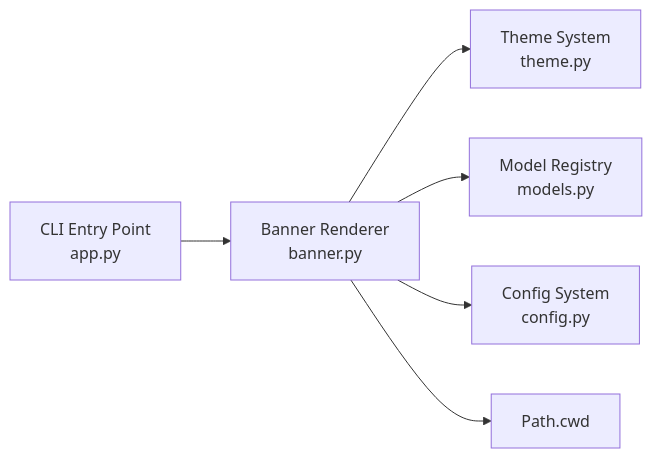
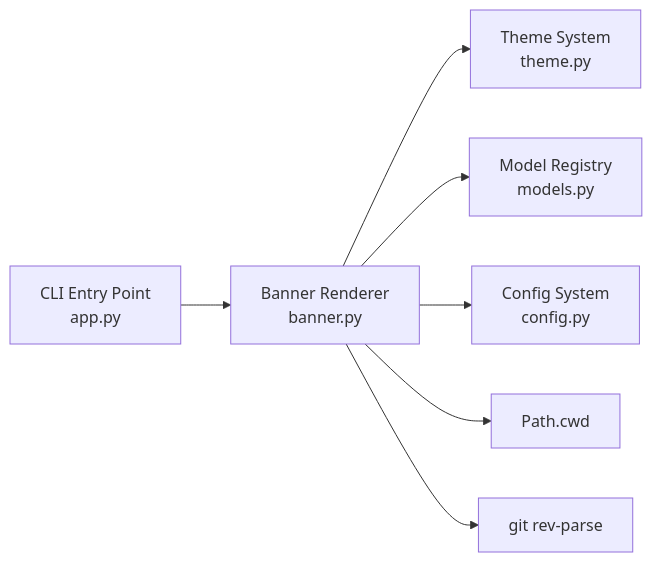
Before and after one commit to agent-fox-dev/agent-fox-v2: the diagram in .specs/14_cli_banner/design.md, drawn with Mermaid. The commit also changed other lines of this file and 3 other files, not shown here.

Commit message:
feat(banner): include git revision in CLI banner (fixes #81)

````diff
--- a/.specs/14_cli_banner/design.md
+++ b/.specs/14_cli_banner/design.md
@@ -13,8 +13,9 @@
 ```mermaid
 flowchart LR
     CLI[CLI Entry Point<br/>app.py] --> Banner[Banner Renderer<br/>banner.py]
     Banner --> Theme[Theme System<br/>theme.py]
     Banner --> Models[Model Registry<br/>models.py]
     Banner --> Config[Config System<br/>config.py]
     Banner --> CWD[Path.cwd]
+    Banner --> Git[git rev-parse]
 ```
````
